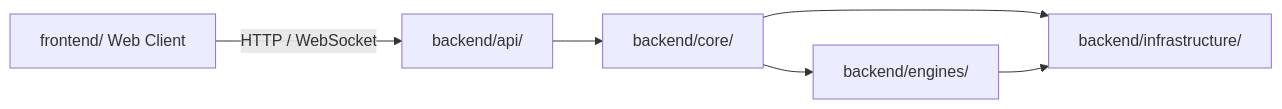
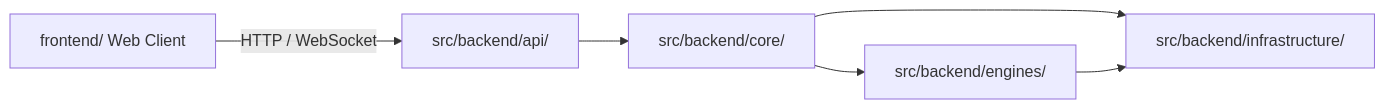
One commit to zata-zhangtao/zata-codes-template changed the second of 2 diagrams in docs/architecture/frontend-architecture.md. Above: the diagram before and after it, drawn with Mermaid. The commit also changed other lines of this file and 59 other files, not shown here.

````diff
--- a/docs/architecture/frontend-architecture.md
+++ b/docs/architecture/frontend-architecture.md
@@ -111,8 +111,8 @@
 ```mermaid
 flowchart LR
-    Frontend["frontend/ Web Client"] -->|HTTP / WebSocket| Apps["backend/api/"]
-    Apps --> Core["backend/core/"]
-    Core --> Capabilities["backend/engines/"]
-    Core --> Infrastructure["backend/infrastructure/"]
+    Frontend["frontend/ Web Client"] -->|HTTP / WebSocket| Apps["src/backend/api/"]
+    Apps --> Core["src/backend/core/"]
+    Core --> Capabilities["src/backend/engines/"]
+    Core --> Infrastructure["src/backend/infrastructure/"]
     Capabilities --> Infrastructure
 ```
````
